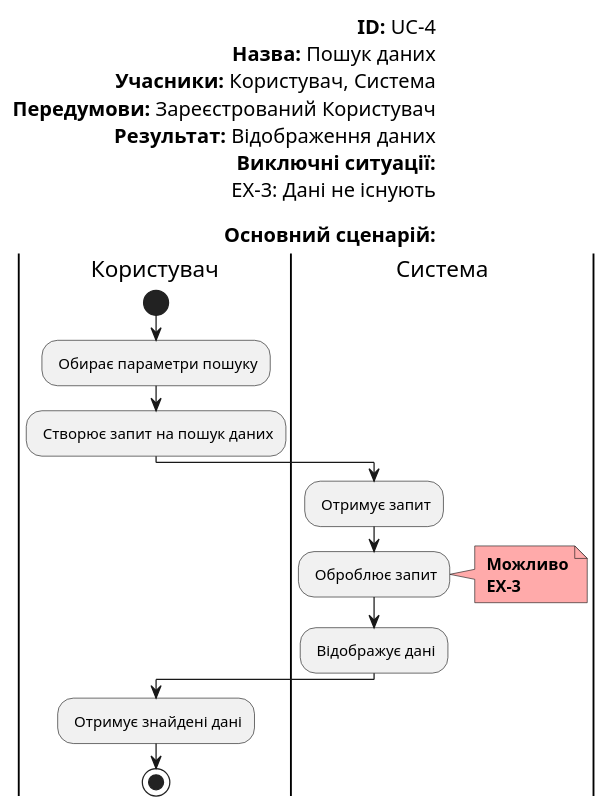
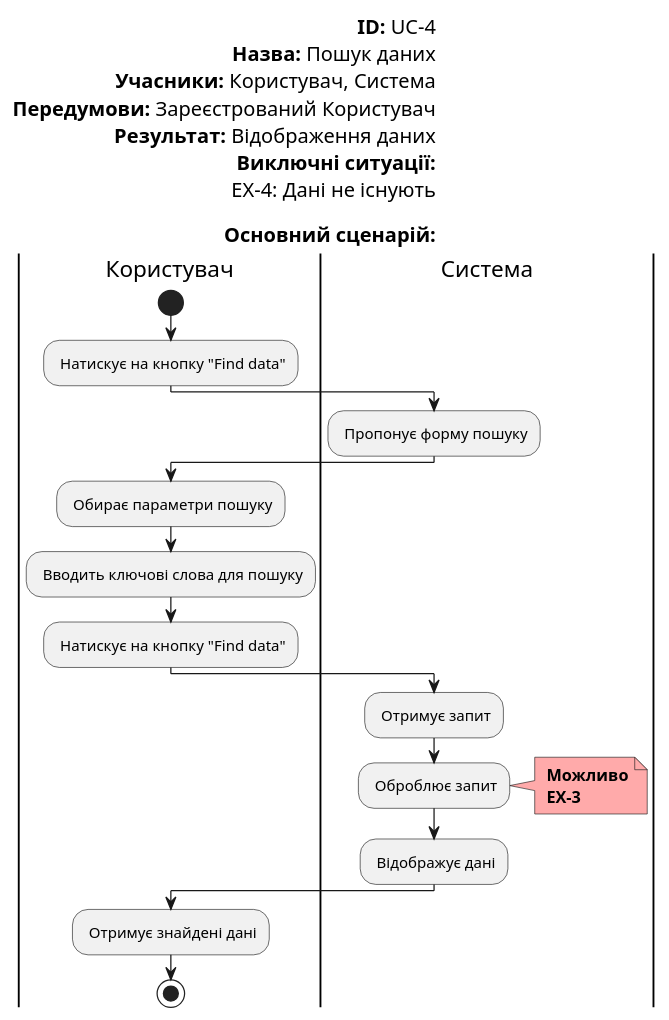
The eighth of 12 diagrams in docs/use cases/README.md (horidor/open-data-management-system), drawn with PlantUML before and after one commit. The commit also changed other lines of this file, not shown here.

```diff
--- a/docs/use cases/README.md
+++ b/docs/use cases/README.md
@@ -240,31 +250,36 @@
 @startuml
 
     left header
         <font color=000 size=16><b>ID:</b> UC-4
         <font color=000 size=16><b>Назва:</b> Пошук даних
         <font color=000 size=16><b>Учасники:</b> Користувач, Система
         <font color=000 size=16><b>Передумови:</b> Зареєстрований Користувач
         <font color=000 size=16><b>Результат:</b> Відображення даних
         <font color=000 size=16><b>Виключні ситуації:</b>
-        <font color=000 size=16> EX-3: Дані не існують
+        <font color=000 size=16> EX-4: Дані не існують
         
         <font color=000 size=16><b>Основний сценарій:</b>
     end header
 
     |Користувач|
         start
+        : Натискує на кнопку "Find data";
+    |Система|
+        : Пропонує форму пошуку;
+    |Користувач|
         : Обирає параметри пошуку;
-        : Створює запит на пошук даних;
+        : Вводить ключові слова для пошуку;
+        : Натискує на кнопку "Find data";
     |Система|
         : Отримує запит;
         : Оброблює запит;
         note right #ffaaaa
         <b> Можливо
         <b> EX-3
         end note
         : Відображує дані;
     |Користувач|
         : Отримує знайдені дані;
         stop
         
 @enduml
```
